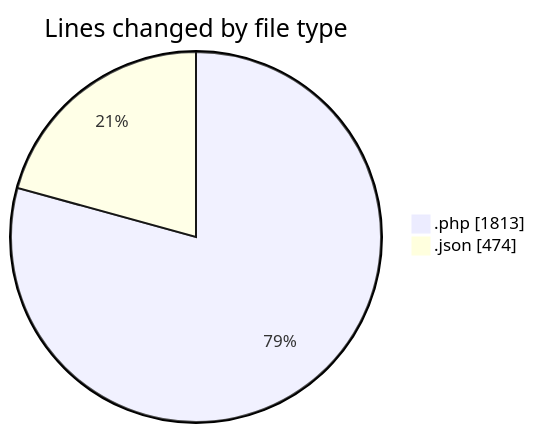
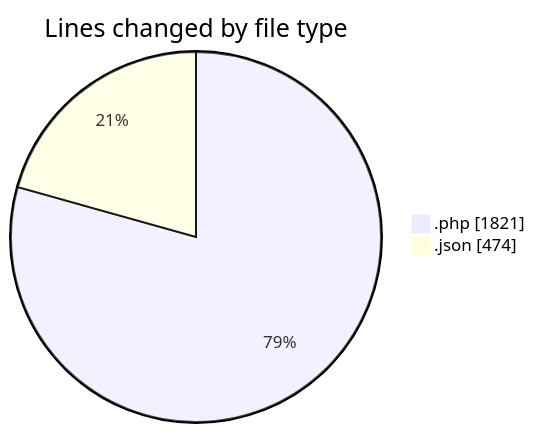
The first of 2 diagrams in 2025-06-22/studio-backend/README.md (idhammustaqopulfikri/code-tracking), drawn with Mermaid before and after one commit. The commit also changed other lines of this file and 1 other file, not shown here.

````diff
--- a/2025-06-22/studio-backend/README.md
+++ b/2025-06-22/studio-backend/README.md
@@ -28,6 +28,6 @@
 ```mermaid
 pie showData
 title Lines changed by file type
-".php" : 1813
+".php" : 1821
 ".json" : 474
 ```
````
